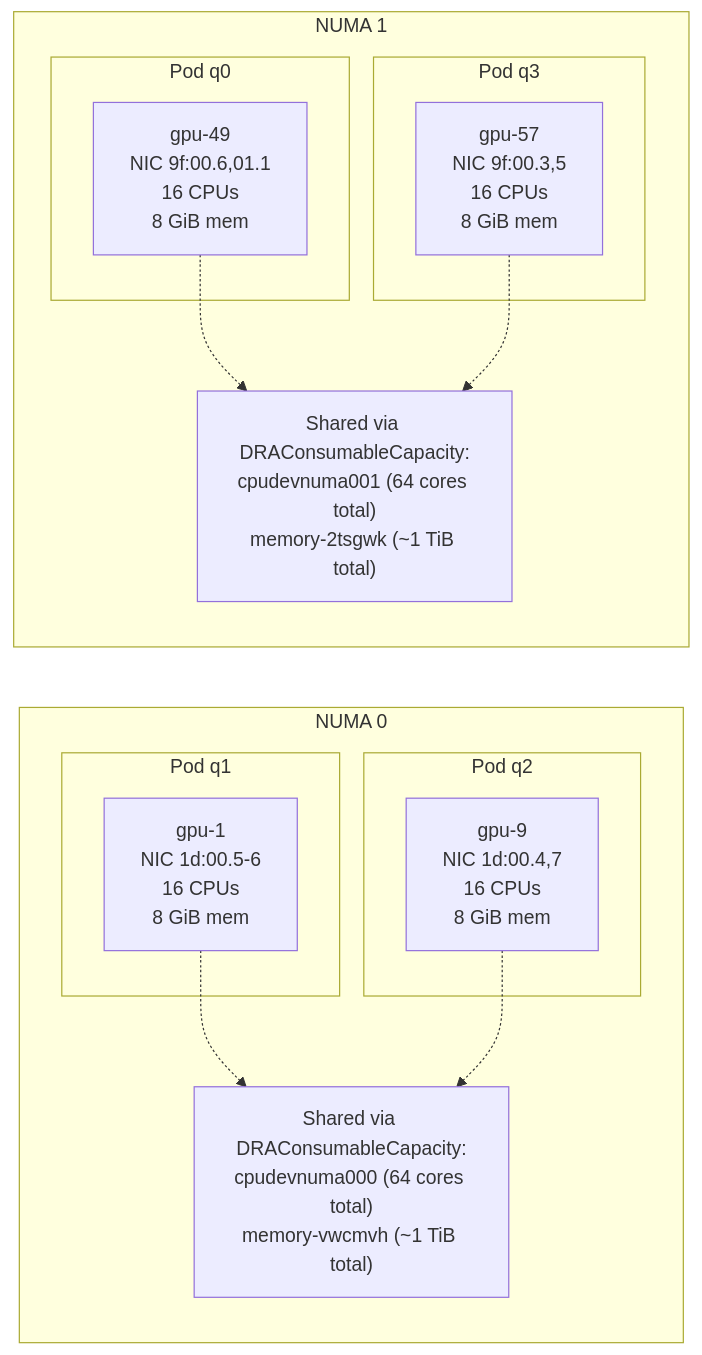
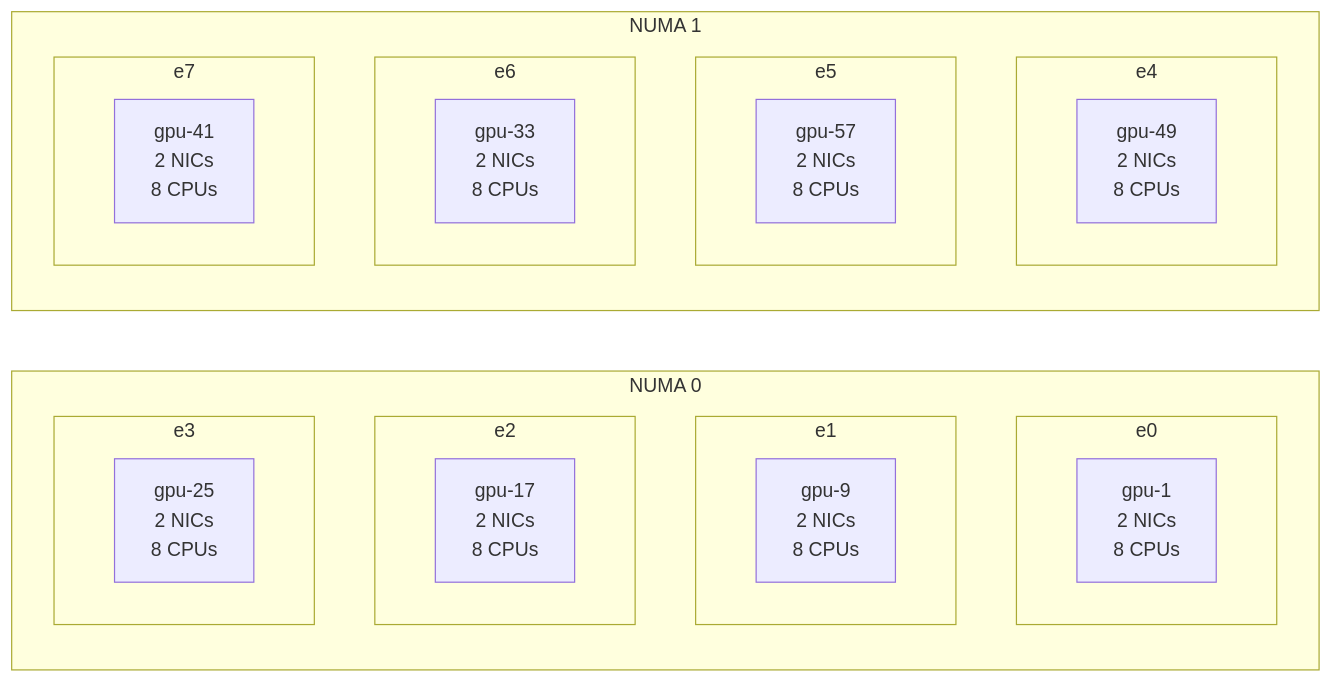
The third of 3 diagrams in testing/topology-coordinator-quarter-machine.md (johnahull/dra-topology-aware-co-placement), drawn with Mermaid before and after one commit. The commit also changed other lines of this file, not shown here.

First line of the commit message:
Update partition doc: 8-pod full machine split + eighth fix

````diff
--- a/testing/topology-coordinator-quarter-machine.md
+++ b/testing/topology-coordinator-quarter-machine.md
@@ -137,25 +153,32 @@
 ```mermaid
 graph LR
     subgraph "NUMA 0"
-        subgraph "Pod q1"
-            Q1["gpu-1<br/>NIC 1d:00.5-6<br/>16 CPUs<br/>8 GiB mem"]
+        subgraph "e0"
+            E0["gpu-1<br/>2 NICs<br/>8 CPUs"]
         end
-        subgraph "Pod q2"
-            Q2["gpu-9<br/>NIC 1d:00.4,7<br/>16 CPUs<br/>8 GiB mem"]
+        subgraph "e1"
+            E1["gpu-9<br/>2 NICs<br/>8 CPUs"]
         end
-        SHARED0["Shared via DRAConsumableCapacity:<br/>cpudevnuma000 (64 cores total)<br/>memory-vwcmvh (~1 TiB total)"]
+        subgraph "e2"
+            E2["gpu-17<br/>2 NICs<br/>8 CPUs"]
+        end
+        subgraph "e3"
+            E3["gpu-25<br/>2 NICs<br/>8 CPUs"]
+        end
     end
 
     subgraph "NUMA 1"
-        subgraph "Pod q0"
-            Q0["gpu-49<br/>NIC 9f:00.6,01.1<br/>16 CPUs<br/>8 GiB mem"]
+        subgraph "e4"
+            E4["gpu-49<br/>2 NICs<br/>8 CPUs"]
         end
-        subgraph "Pod q3"
-            Q3["gpu-57<br/>NIC 9f:00.3,5<br/>16 CPUs<br/>8 GiB mem"]
+        subgraph "e5"
+            E5["gpu-57<br/>2 NICs<br/>8 CPUs"]
         end
-        SHARED1["Shared via DRAConsumableCapacity:<br/>cpudevnuma001 (64 cores total)<br/>memory-2tsgwk (~1 TiB total)"]
+        subgraph "e6"
+            E6["gpu-33<br/>2 NICs<br/>8 CPUs"]
+        end
+        subgraph "e7"
+            E7["gpu-41<br/>2 NICs<br/>8 CPUs"]
+        end
     end
-
-    Q1 & Q2 -.-> SHARED0
-    Q0 & Q3 -.-> SHARED1
 ```
````
